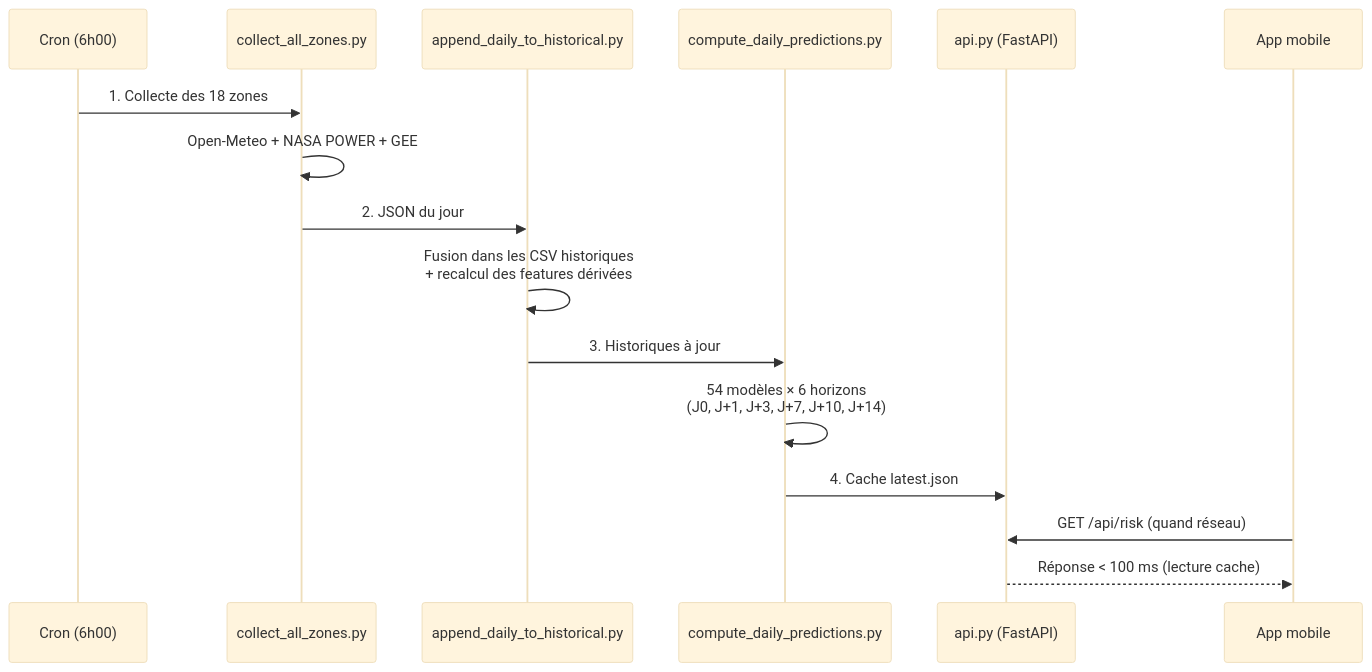
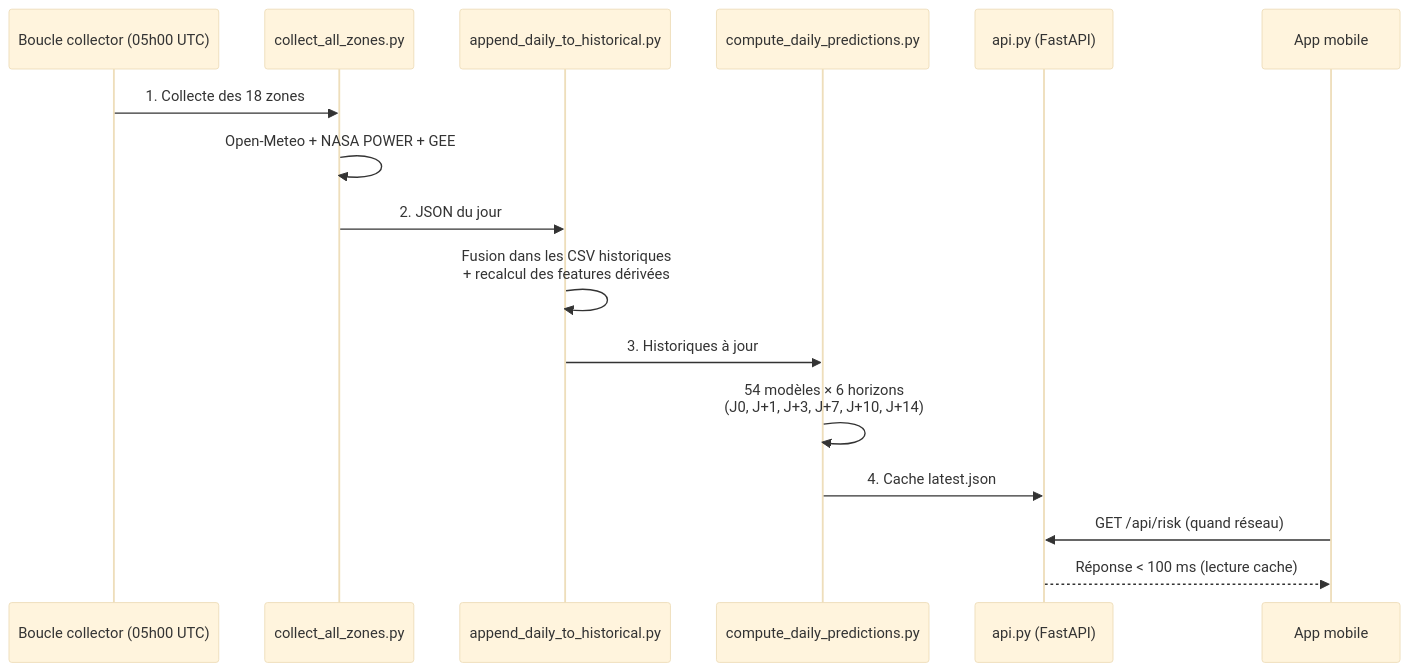
One commit to jeremygeorgesdurand-dev/SAMCAM changed the second of 4 diagrams in docs/RAPPORT_SAMCAM.md. Above: the diagram before and after it, drawn with Mermaid (base theme). The commit also changed other lines of this file, not shown here.

````diff
--- a/docs/RAPPORT_SAMCAM.md
+++ b/docs/RAPPORT_SAMCAM.md
@@ -224,19 +234,19 @@
 ```mermaid
 sequenceDiagram
-    participant C as Cron (6h00)
+    participant C as Boucle collector (05h00 UTC)
     participant COL as collect_all_zones.py
     participant HIST as append_daily_to_historical.py
     participant PRED as compute_daily_predictions.py
     participant API as api.py (FastAPI)
     participant APP as App mobile
 
     C->>COL: 1. Collecte des 18 zones
     COL->>COL: Open-Meteo + NASA POWER + GEE
     COL->>HIST: 2. JSON du jour
     HIST->>HIST: Fusion dans les CSV historiques<br/>+ recalcul des features dérivées
     HIST->>PRED: 3. Historiques à jour
     PRED->>PRED: 54 modèles × 6 horizons<br/>(J0, J+1, J+3, J+7, J+10, J+14)
     PRED->>API: 4. Cache latest.json
     APP->>API: GET /api/risk (quand réseau)
     API-->>APP: Réponse < 100 ms (lecture cache)
 ```
````
